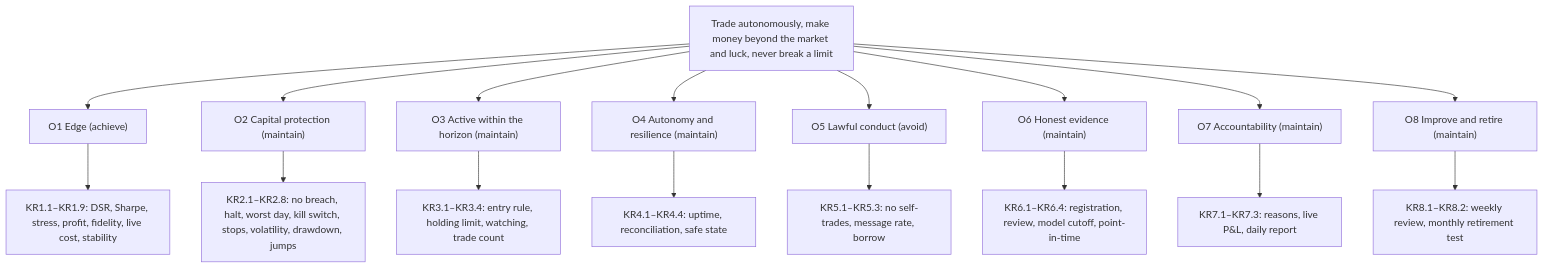
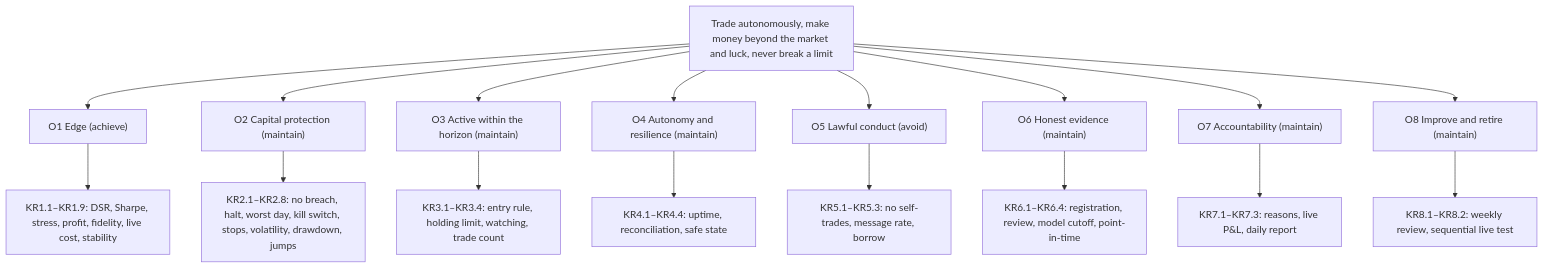
The diagram in trading/goal/GOAL.md (Space-Trucker/AIresume), drawn with Mermaid before and after one commit. The commit also changed other lines of this file and 5 other files, not shown here.

````diff
--- a/trading/goal/GOAL.md
+++ b/trading/goal/GOAL.md
@@ -310,20 +318,20 @@
 ```mermaid
 flowchart TD
   G["Trade autonomously, make money beyond the market and luck, never break a limit"]
   G --> O1["O1 Edge (achieve)"]
   G --> O2["O2 Capital protection (maintain)"]
   G --> O3["O3 Active within the horizon (maintain)"]
   G --> O4["O4 Autonomy and resilience (maintain)"]
   G --> O5["O5 Lawful conduct (avoid)"]
   G --> O6["O6 Honest evidence (maintain)"]
   G --> O7["O7 Accountability (maintain)"]
   G --> O8["O8 Improve and retire (maintain)"]
   O1 --> K1["KR1.1–KR1.9: DSR, Sharpe, stress, profit, fidelity, live cost, stability"]
   O2 --> K2["KR2.1–KR2.8: no breach, halt, worst day, kill switch, stops, volatility, drawdown, jumps"]
   O3 --> K3["KR3.1–KR3.4: entry rule, holding limit, watching, trade count"]
   O4 --> K4["KR4.1–KR4.4: uptime, reconciliation, safe state"]
   O5 --> K5["KR5.1–KR5.3: no self-trades, message rate, borrow"]
   O6 --> K6["KR6.1–KR6.4: registration, review, model cutoff, point-in-time"]
   O7 --> K7["KR7.1–KR7.3: reasons, live P&L, daily report"]
-  O8 --> K8["KR8.1–KR8.2: weekly review, monthly retirement test"]
+  O8 --> K8["KR8.1–KR8.2: weekly review, sequential live test"]
 ```
````
